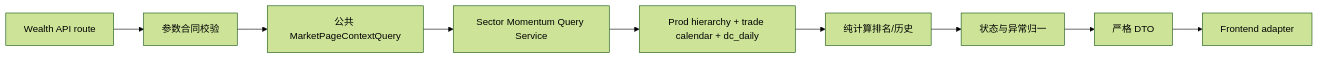
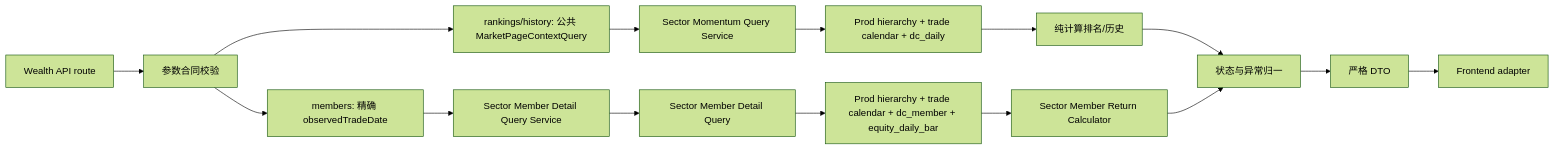
The second of 2 diagrams in wealth/docs/pages/wealth-exploration/sector-analysis-implementation-design-v1.md (chiuser/goldenshare), drawn with Mermaid (forest theme) before and after one commit. The commit also changed other lines of this file and 26 other files, not shown here.

Commit message:
feat(wealth): complete sector analysis M3A members

````diff
--- a/wealth/docs/pages/wealth-exploration/sector-analysis-implementation-design-v1.md
+++ b/wealth/docs/pages/wealth-exploration/sector-analysis-implementation-design-v1.md
@@ -652,11 +765,17 @@
 ```mermaid
 flowchart LR
   A["Wealth API route"] --> B["参数合同校验"]
-  B --> C["公共 MarketPageContextQuery"]
-  C --> D["Sector Momentum Query Service"]
-  D --> E["Prod hierarchy + trade calendar + dc_daily"]
-  E --> F["纯计算排名/历史"]
-  F --> G["状态与异常归一"]
-  G --> H["严格 DTO"]
-  H --> I["Frontend adapter"]
+  B --> C["rankings/history: 公共 MarketPageContextQuery"]
+  B --> D["members: 精确 observedTradeDate"]
+  C --> E["Sector Momentum Query Service"]
+  D --> F["Sector Member Detail Query Service"]
+  E --> G["Prod hierarchy + trade calendar + dc_daily"]
+  G --> I["纯计算排名/历史"]
+  F --> N["Sector Member Detail Query"]
+  N --> H["Prod hierarchy + trade calendar + dc_member + equity_daily_bar"]
+  H --> J["Sector Member Return Calculator"]
+  I --> K["状态与异常归一"]
+  J --> K
+  K --> L["严格 DTO"]
+  L --> M["Frontend adapter"]
 ```
````
